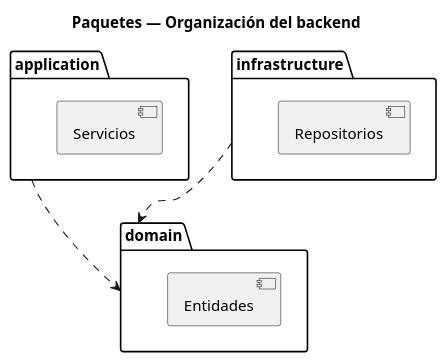
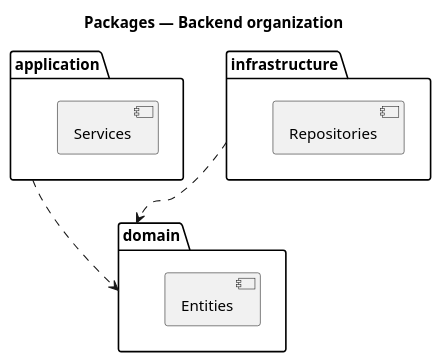
Before and after one commit to jose-korvusinc/finalproject-lidr-i4devs: the eighth of 9 diagrams in .claude/rules/plantuml-syntax.md, drawn with PlantUML. The commit also changed other lines of this file and 25 other files, not shown here.

Commit message:
Translate names and add analysis class diagram

````diff
--- a/.claude/rules/plantuml-syntax.md
+++ b/.claude/rules/plantuml-syntax.md
@@ -215,16 +215,16 @@
 ```plantuml
 @startuml
-title Paquetes — Organización del backend
+title Packages — Backend organization
 package "domain" {
-  [Entidades]
+  [Entities]
 }
 package "application" {
-  [Servicios]
+  [Services]
 }
 package "infrastructure" {
-  [Repositorios]
+  [Repositories]
 }
 application ..> domain
 infrastructure ..> domain
 @enduml
 ```
````
